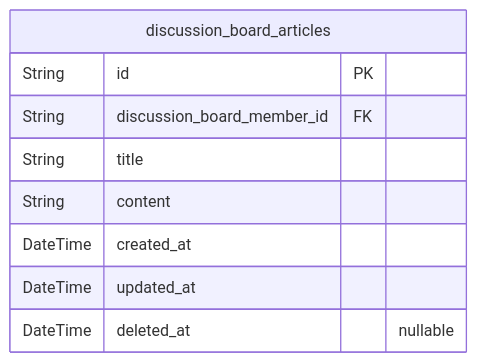
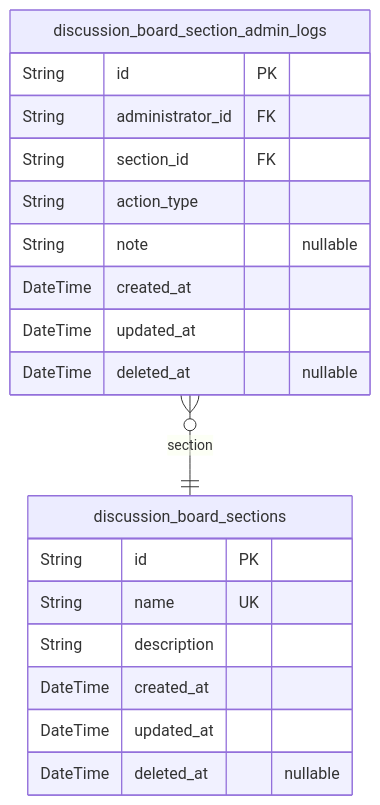
Before and after one commit to wrtnlabs/autobe-examples: the third of 8 diagrams in openai/gpt-4.1-mini/bbs/docs/ERD.md, drawn with Mermaid. The commit also changed other lines of this file and 23872 other files, not shown here.

````diff
--- a/openai/gpt-4.1-mini/bbs/docs/ERD.md
+++ b/openai/gpt-4.1-mini/bbs/docs/ERD.md
@@ -173,12 +557,22 @@
 ```mermaid
 erDiagram
-"discussion_board_articles" {
+"discussion_board_sections" {
   String id PK
-  String discussion_board_member_id FK
-  String title
-  String content
+  String name UK
+  String description
   DateTime created_at
   DateTime updated_at
   DateTime deleted_at "nullable"
 }
+"discussion_board_section_admin_logs" {
+  String id PK
+  String administrator_id FK
+  String section_id FK
+  String action_type
+  String note "nullable"
+  DateTime created_at
+  DateTime updated_at
+  DateTime deleted_at "nullable"
+}
+"discussion_board_section_admin_logs" }o--|| "discussion_board_sections" : section
 ```
````
